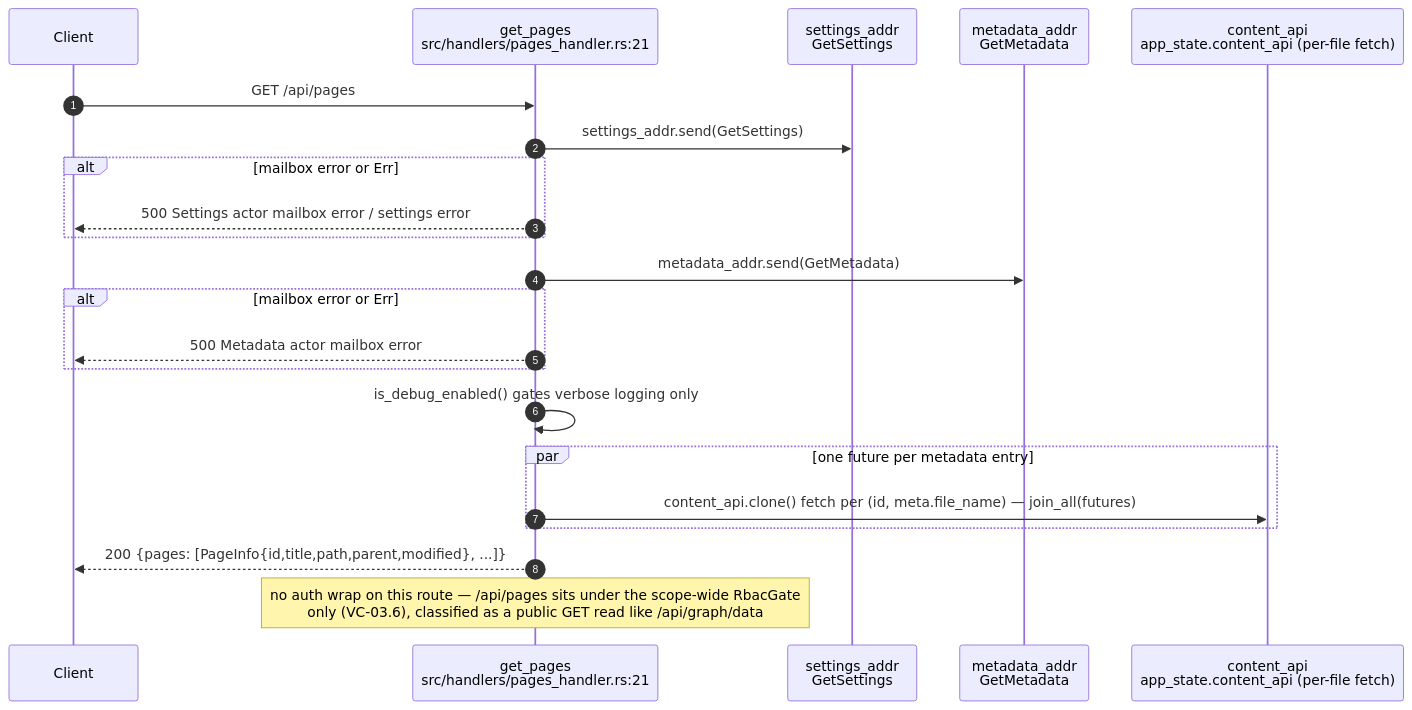
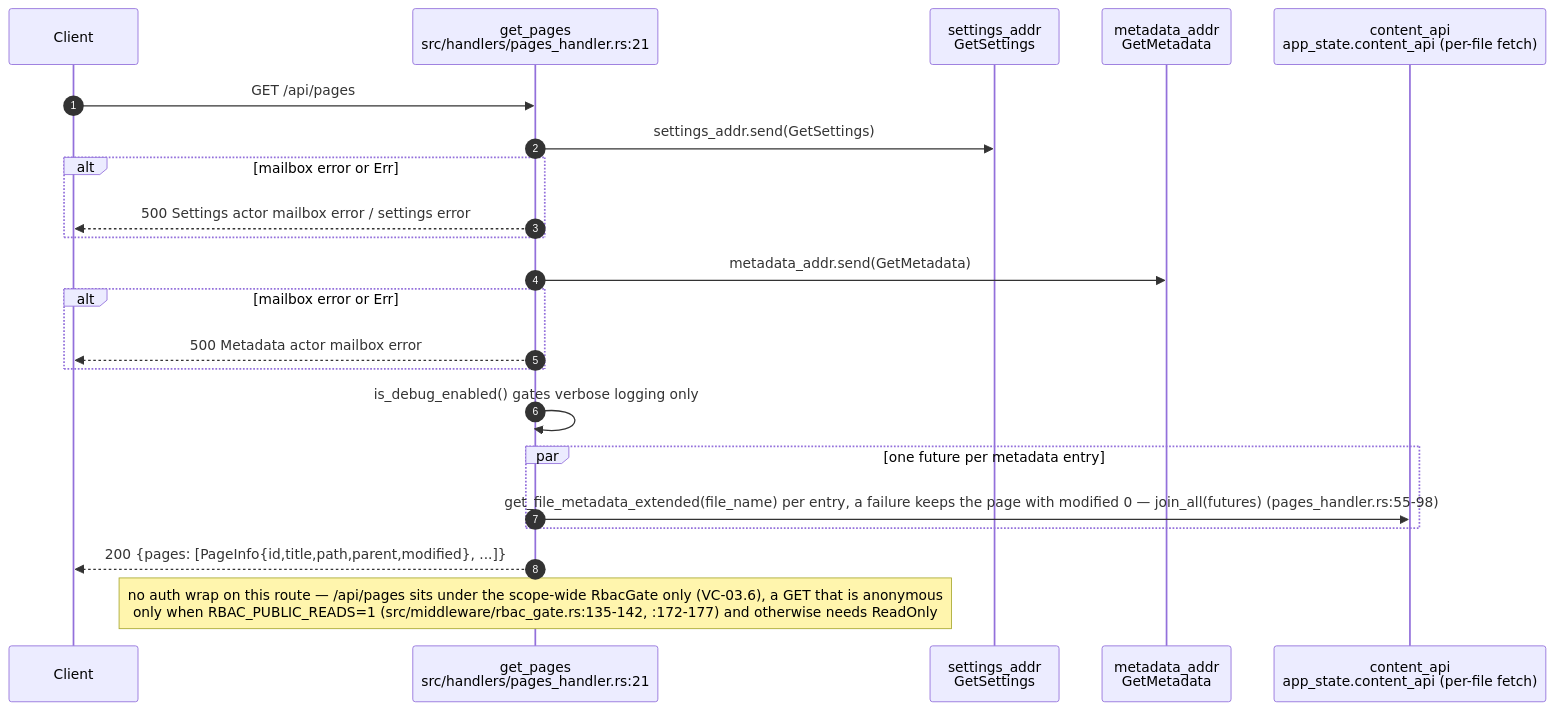
Diagram 20 of 23 in docs/diagrams/visionclaw/04-handlers-graph-and-state.md (DreamLab-AI/VisionFlow), drawn with Mermaid before and after one commit. The commit also changed other lines of this file and 173 other files, not shown here.

````diff
--- a/docs/diagrams/visionclaw/04-handlers-graph-and-state.md
+++ b/docs/diagrams/visionclaw/04-handlers-graph-and-state.md
@@ -918,25 +990,25 @@
 ```mermaid
 sequenceDiagram
     autonumber
     participant C as Client
     participant GP as get_pages<br/>src/handlers/pages_handler.rs:21
     participant SE as settings_addr<br/>GetSettings
     participant MD as metadata_addr<br/>GetMetadata
     participant CA as content_api<br/>app_state.content_api (per-file fetch)
 
     C->>GP: GET /api/pages
     GP->>SE: settings_addr.send(GetSettings)
     alt mailbox error or Err
         GP-->>C: 500 Settings actor mailbox error / settings error
     end
     GP->>MD: metadata_addr.send(GetMetadata)
     alt mailbox error or Err
         GP-->>C: 500 Metadata actor mailbox error
     end
     GP->>GP: is_debug_enabled() gates verbose logging only
     par one future per metadata entry
-        GP->>CA: content_api.clone() fetch per (id, meta.file_name) — join_all(futures)
+        GP->>CA: get_file_metadata_extended(file_name) per entry, a failure keeps the page with modified 0 — join_all(futures) (pages_handler.rs:55-98)
     end
     GP-->>C: 200 {pages: [PageInfo{id,title,path,parent,modified}, ...]}
-    Note over GP: no auth wrap on this route — /api/pages sits under the scope-wide RbacGate<br/>only (VC-03.6), classified as a public GET read like /api/graph/data
+    Note over GP: no auth wrap on this route — /api/pages sits under the scope-wide RbacGate only (VC-03.6), a GET that is anonymous<br/>only when RBAC_PUBLIC_READS=1 (src/middleware/rbac_gate.rs:135-142, :172-177) and otherwise needs ReadOnly
 ```
````
